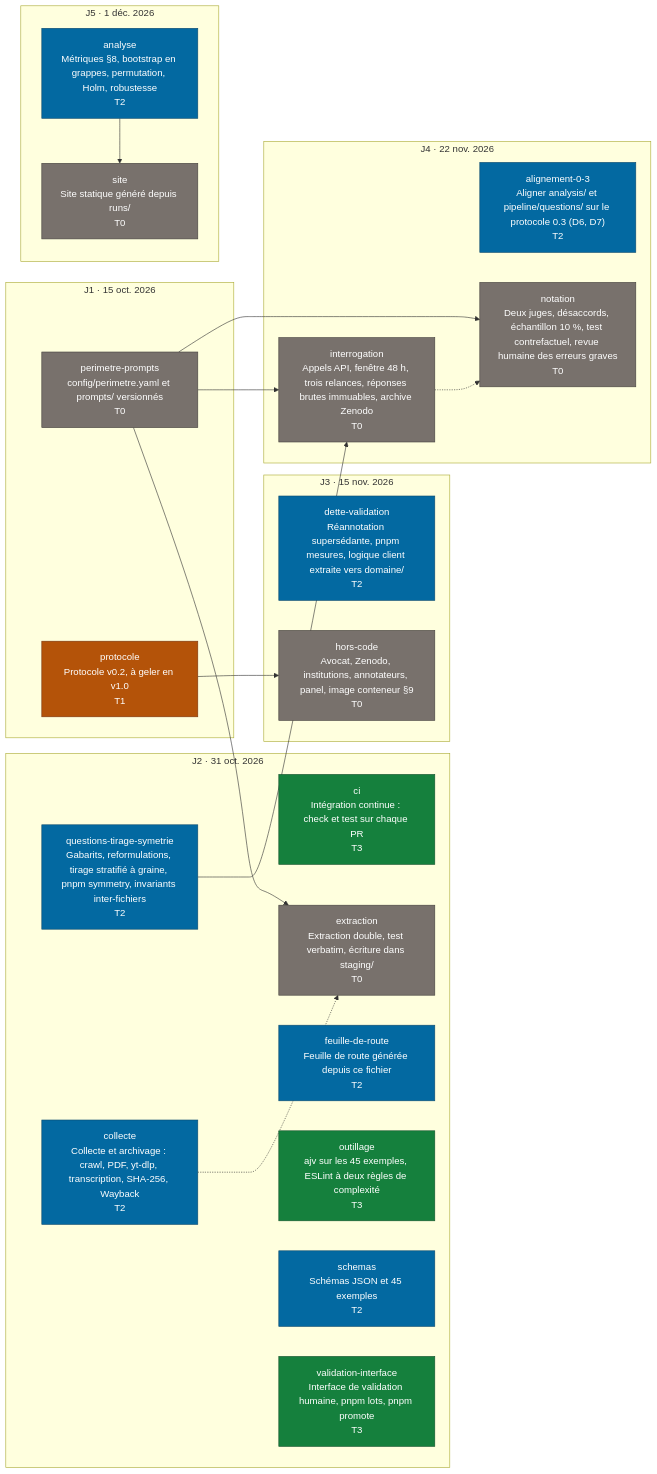
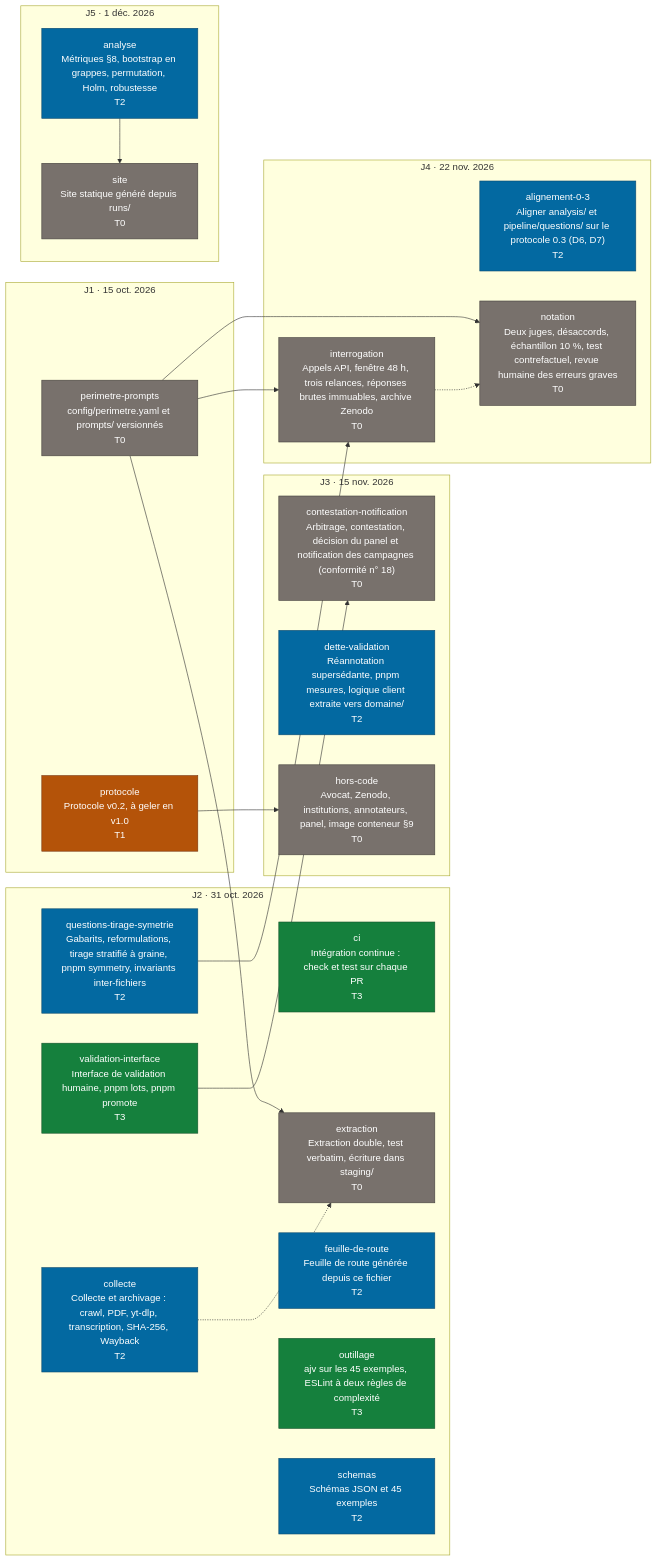
Before and after one commit to AzurNow/DEMOCRACIE_2027: the diagram in docs/FEUILLE-DE-ROUTE.md, drawn with Mermaid. The commit also changed other lines of this file and 1 other file, not shown here.

Commit message:
docs: lot contestation-notification à la feuille de route, revérification des items A au lot extraction

````diff
--- a/docs/FEUILLE-DE-ROUTE.md
+++ b/docs/FEUILLE-DE-ROUTE.md
@@ -59,44 +59,46 @@
 ```mermaid
 flowchart LR
   subgraph jalon_J1["J1 · 15 oct. 2026"]
     lot_perimetre_prompts["perimetre-prompts<br/>config/perimetre.yaml et prompts/ versionnés<br/>T0"]:::T0
     lot_protocole["protocole<br/>Protocole v0.2, à geler en v1.0<br/>T1"]:::T1
   end
   subgraph jalon_J2["J2 · 31 oct. 2026"]
     lot_ci["ci<br/>Intégration continue : check et test sur chaque PR<br/>T3"]:::T3
     lot_collecte["collecte<br/>Collecte et archivage : crawl, PDF, yt-dlp, transcription, SHA-256, Wayback<br/>T2"]:::T2
     lot_extraction["extraction<br/>Extraction double, test verbatim, écriture dans staging/<br/>T0"]:::T0
     lot_feuille_de_route["feuille-de-route<br/>Feuille de route générée depuis ce fichier<br/>T2"]:::T2
     lot_outillage["outillage<br/>ajv sur les 45 exemples, ESLint à deux règles de complexité<br/>T3"]:::T3
     lot_questions_tirage_symetrie["questions-tirage-symetrie<br/>Gabarits, reformulations, tirage stratifié à graine, pnpm symmetry, invariants inter-fichiers<br/>T2"]:::T2
     lot_schemas["schemas<br/>Schémas JSON et 45 exemples<br/>T2"]:::T2
     lot_validation_interface["validation-interface<br/>Interface de validation humaine, pnpm lots, pnpm promote<br/>T3"]:::T3
   end
   subgraph jalon_J3["J3 · 15 nov. 2026"]
+    lot_contestation_notification["contestation-notification<br/>Arbitrage, contestation, décision du panel et notification des campagnes (conformité n° 18)<br/>T0"]:::T0
     lot_dette_validation["dette-validation<br/>Réannotation supersédante, pnpm mesures, logique client extraite vers domaine/<br/>T2"]:::T2
     lot_hors_code["hors-code<br/>Avocat, Zenodo, institutions, annotateurs, panel, image conteneur §9<br/>T0"]:::T0
   end
   subgraph jalon_J4["J4 · 22 nov. 2026"]
     lot_alignement_0_3["alignement-0-3<br/>Aligner analysis/ et pipeline/questions/ sur le protocole 0.3 (D6, D7)<br/>T2"]:::T2
     lot_interrogation["interrogation<br/>Appels API, fenêtre 48 h, trois relances, réponses brutes immuables, archive Zenodo<br/>T0"]:::T0
     lot_notation["notation<br/>Deux juges, désaccords, échantillon 10 %, test contrefactuel, revue humaine des erreurs graves<br/>T0"]:::T0
   end
   subgraph jalon_J5["J5 · 1 déc. 2026"]
     lot_analyse["analyse<br/>Métriques §8, bootstrap en grappes, permutation, Holm, robustesse<br/>T2"]:::T2
     lot_site["site<br/>Site statique généré depuis runs/<br/>T0"]:::T0
   end
+  lot_validation_interface --> lot_contestation_notification
   lot_collecte -.-> lot_extraction
   lot_perimetre_prompts --> lot_extraction
   lot_protocole --> lot_hors_code
   lot_perimetre_prompts --> lot_interrogation
   lot_questions_tirage_symetrie --> lot_interrogation
   lot_interrogation -.-> lot_notation
   lot_perimetre_prompts --> lot_notation
   lot_analyse --> lot_site
   classDef T0 fill:#78716c,color:#ffffff,stroke:#44403c
   classDef T1 fill:#b45309,color:#ffffff,stroke:#78350f
   classDef T2 fill:#0369a1,color:#ffffff,stroke:#0c4a6e
   classDef T3 fill:#15803d,color:#ffffff,stroke:#14532d
   classDef T4 fill:#1d4ed8,color:#ffffff,stroke:#1e3a8a
   classDef decision fill:#b91c1c,color:#ffffff,stroke:#7f1d1d
 ```
````
